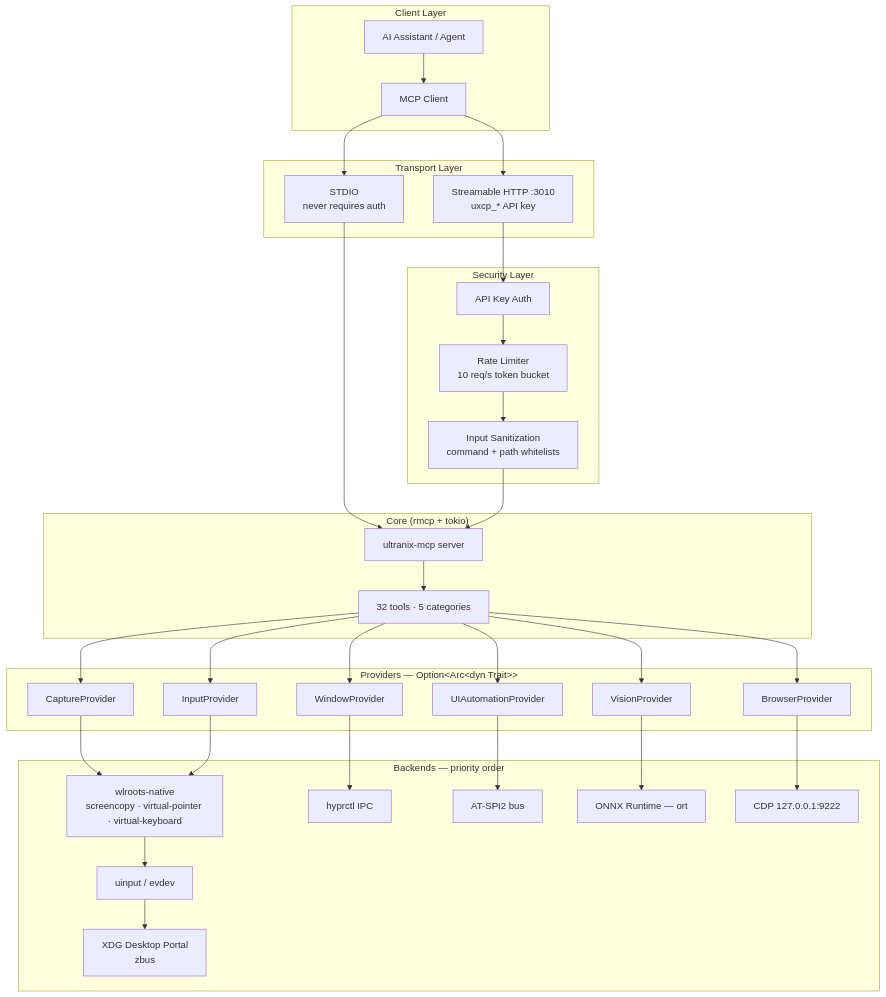
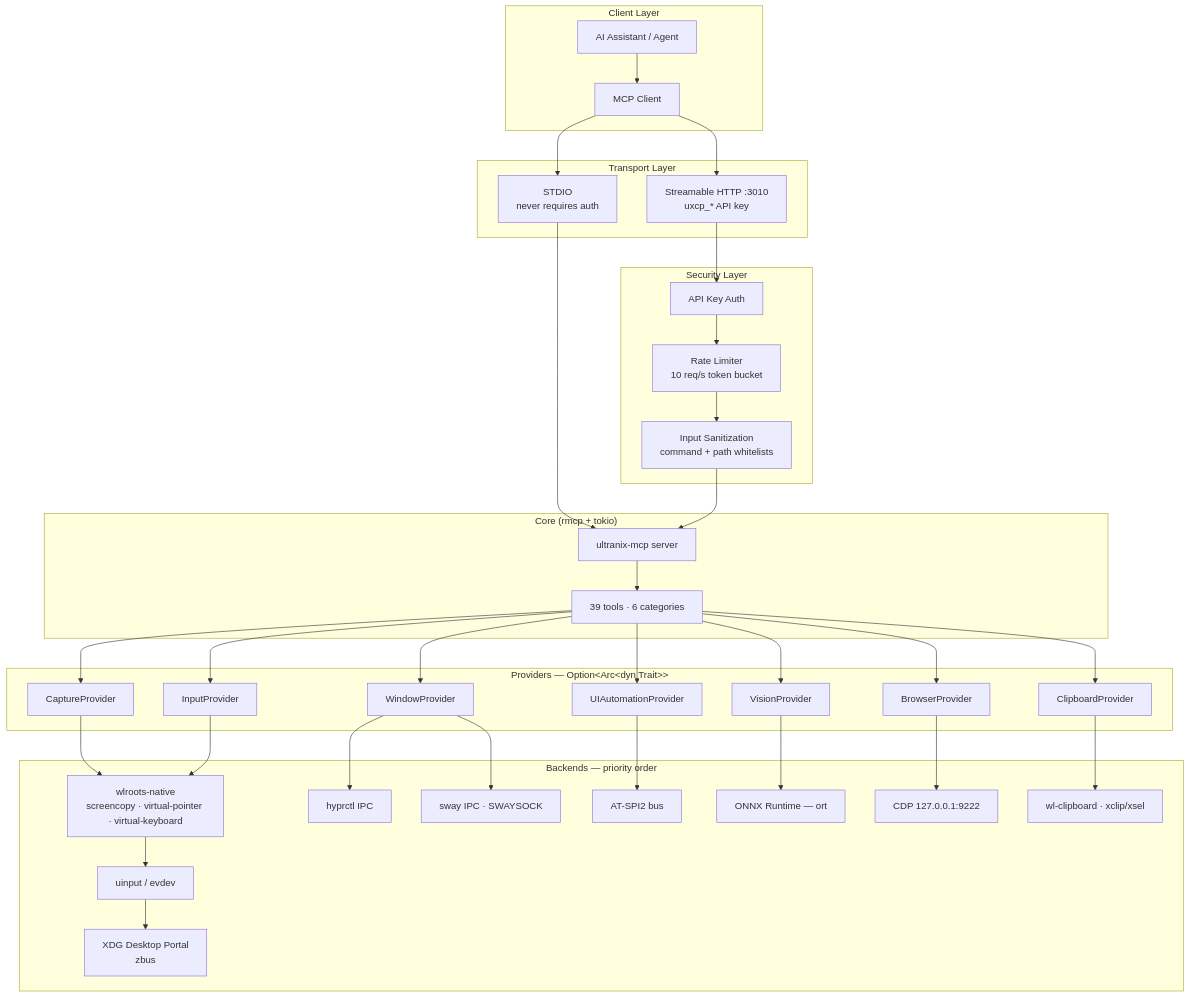
The diagram in README.md (jxoesneon/ultranix-mcp), drawn with Mermaid before and after one commit. The commit also changed other lines of this file and 62 other files, not shown here.

````diff
--- a/README.md
+++ b/README.md
@@ -101,61 +126,67 @@
 ```mermaid
 graph TB
     subgraph "Client Layer"
         AI[AI Assistant / Agent]
         MCP[MCP Client]
     end
 
     subgraph "Transport Layer"
         STDIO[STDIO<br/>never requires auth]
         HTTP[Streamable HTTP :3010<br/>uxcp_* API key]
     end
 
     subgraph "Security Layer"
         AUTH[API Key Auth]
         RATE[Rate Limiter<br/>10 req/s token bucket]
         SAN[Input Sanitization<br/>command + path whitelists]
     end
 
     subgraph "Core (rmcp + tokio)"
         SERVER[ultranix-mcp server]
-        TOOLS[32 tools · 5 categories]
+        TOOLS[39 tools · 6 categories]
     end
 
     subgraph "Providers — Option&lt;Arc&lt;dyn Trait&gt;&gt;"
         CAP[CaptureProvider]
         INP[InputProvider]
         UIA[UIAutomationProvider]
         WIN[WindowProvider]
         VIS[VisionProvider]
         BRW[BrowserProvider]
+        CLIP[ClipboardProvider]
     end
 
     subgraph "Backends — priority order"
         WLR[wlroots-native<br/>screencopy · virtual-pointer · virtual-keyboard]
         UIN[uinput / evdev]
         PORTAL[XDG Desktop Portal<br/>zbus]
         HYPR[hyprctl IPC]
+        SWAY[sway IPC · SWAYSOCK]
         ATSPI[AT-SPI2 bus]
         ORT[ONNX Runtime — ort]
         CDP[CDP 127.0.0.1:9222]
+        WLC[wl-clipboard · xclip/xsel]
     end
 
     AI --> MCP
     MCP --> STDIO
     MCP --> HTTP
     STDIO --> SERVER
     HTTP --> AUTH --> RATE --> SAN --> SERVER
     SERVER --> TOOLS
     TOOLS --> CAP
     TOOLS --> INP
     TOOLS --> UIA
     TOOLS --> WIN
     TOOLS --> VIS
     TOOLS --> BRW
+    TOOLS --> CLIP
     CAP --> WLR
     INP --> WLR --> UIN --> PORTAL
     WIN --> HYPR
+    WIN --> SWAY
     UIA --> ATSPI
     VIS --> ORT
     BRW --> CDP
+    CLIP --> WLC
 ```
````
